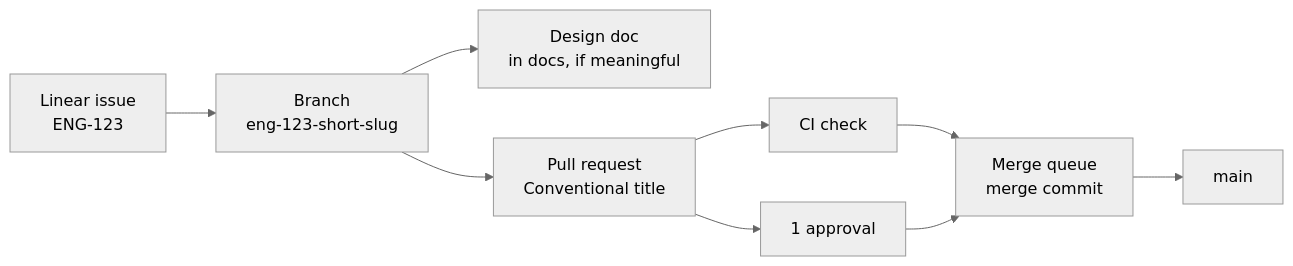
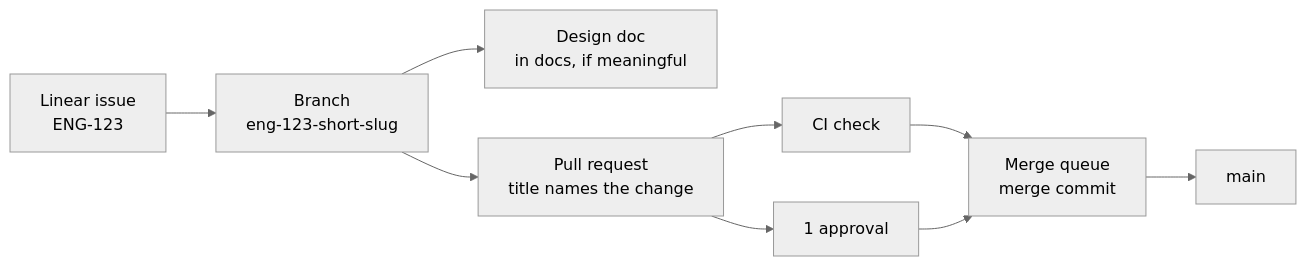
The diagram in CONTRIBUTING.md (arikkfir-org/docs), drawn with Mermaid (neutral theme) before and after one commit. The commit also changed other lines of this file, not shown here.

First line of the commit message:
docs: pull request titles name the change, without type(scope)

````diff
--- a/CONTRIBUTING.md
+++ b/CONTRIBUTING.md
@@ -7,11 +7,11 @@
 ```mermaid
 flowchart LR
   L[Linear issue<br/>ENG-123] --> B[Branch<br/>eng-123-short-slug]
   B --> D[Design doc<br/>in docs, if meaningful]
-  B --> P[Pull request<br/>Conventional title]
+  B --> P[Pull request<br/>title names the change]
   P --> C[CI check]
   P --> R[1 approval]
   C --> Q[Merge queue<br/>merge commit]
   R --> Q
   Q --> M[main]
 ```
````
